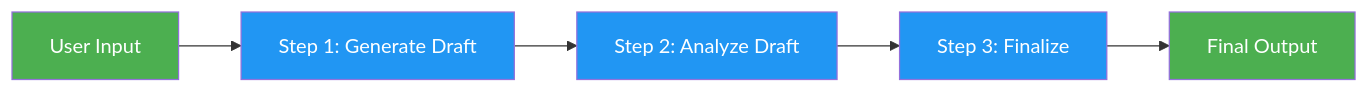
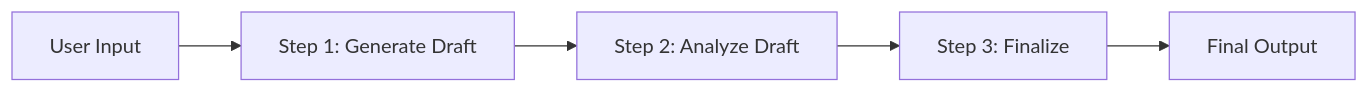
One commit to saisrinivas-samoju/agentic_architectures changed the second of 11 diagrams in README.md. Above: the diagram before and after it, drawn with Mermaid. The commit also changed other lines of this file and 20 other files, not shown here.

````diff
--- a/README.md
+++ b/README.md
@@ -90,13 +116,7 @@
 ```mermaid
 flowchart LR
     A[User Input] --> B[Step 1: Generate Draft]
     B --> C[Step 2: Analyze Draft]
     C --> D[Step 3: Finalize]
     D --> E[Final Output]
-
-    style A fill:#4CAF50,color:#fff
-    style B fill:#2196F3,color:#fff
-    style C fill:#2196F3,color:#fff
-    style D fill:#2196F3,color:#fff
-    style E fill:#4CAF50,color:#fff
 ```
````
